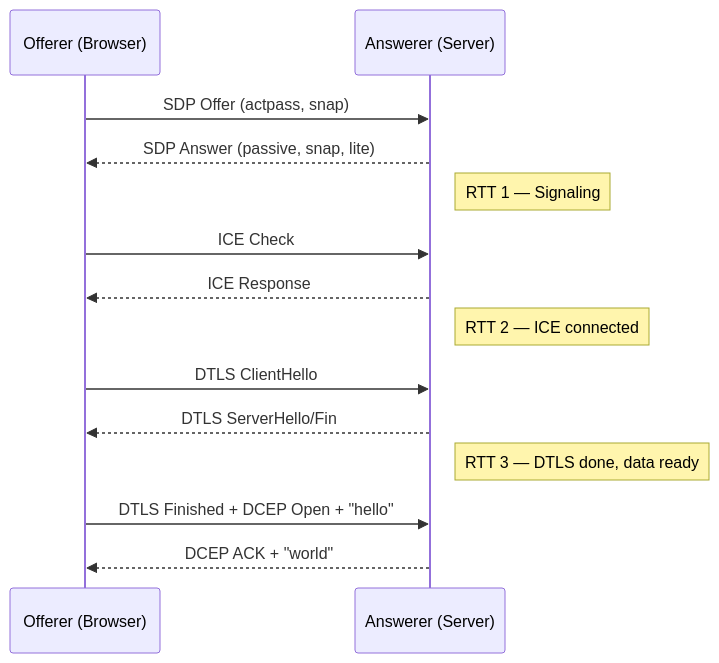
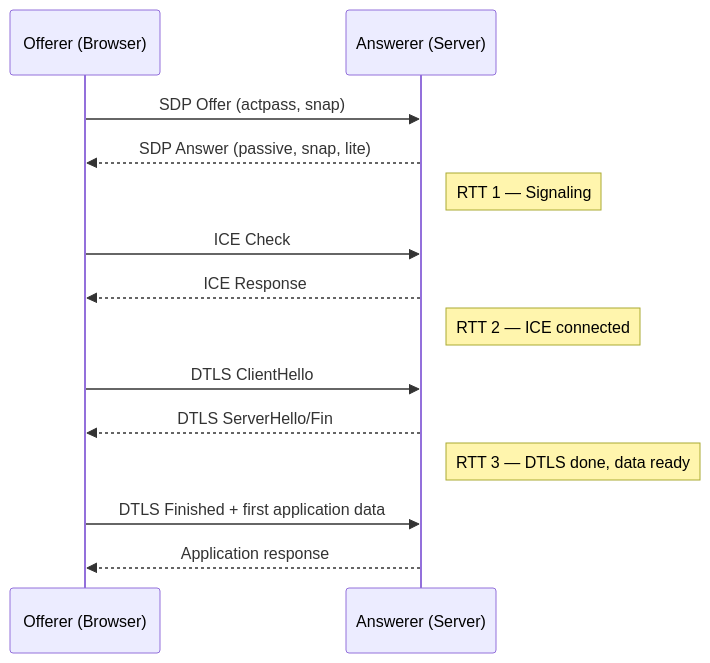
The sixth of 10 diagrams in README.md (xnorpx/str0m_browser_integration_tests), drawn with Mermaid before and after one commit. The commit also changed other lines of this file and 12 other files, not shown here.

````diff
--- a/README.md
+++ b/README.md
@@ -209,20 +215,20 @@
 ```mermaid
 sequenceDiagram
     participant O as Offerer (Browser)
     participant A as Answerer (Server)
 
     O->>A: SDP Offer (actpass, snap)
     A-->>O: SDP Answer (passive, snap, lite)
     Note right of A: RTT 1 — Signaling
 
     O->>A: ICE Check
     A-->>O: ICE Response
     Note right of A: RTT 2 — ICE connected
 
     O->>A: DTLS ClientHello
     A-->>O: DTLS ServerHello/Fin
     Note right of A: RTT 3 — DTLS done, data ready
 
-    O->>A: DTLS Finished + DCEP Open + "hello"
-    A-->>O: DCEP ACK + "world"
+    O->>A: DTLS Finished + first application data
+    A-->>O: Application response
 ```
````
